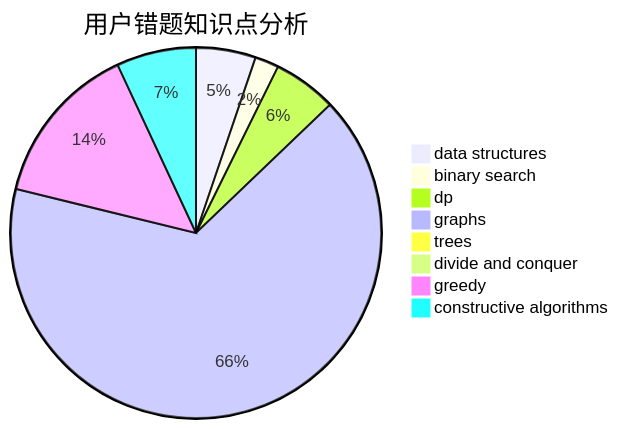
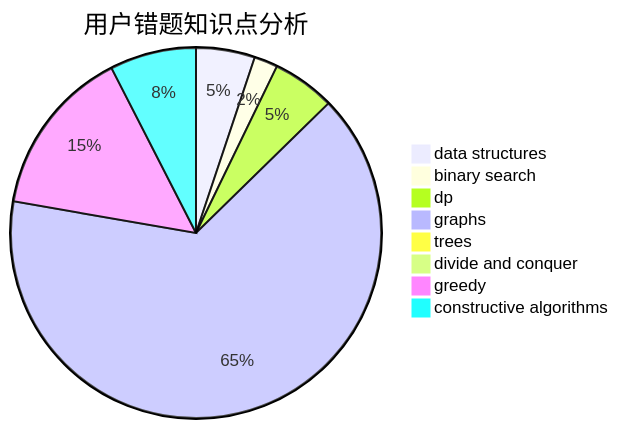
Before and after one commit to sherpahu/cfrs.github.io: the third of 3 diagrams in docs/user/u1226.md, drawn with Mermaid. The commit also changed other lines of this file and 2770 other files, not shown here.

````diff
--- a/docs/user/u1226.md
+++ b/docs/user/u1226.md
@@ -36,11 +36,11 @@
 ```mermaid
 pie title 用户错题知识点分析
     "data structures" :  15
     "binary search" :  6
     "dp" :  16
     "graphs" :  190
     "trees" :  0
     "divide and conquer" :  0
-    "greedy" :  41
-    "constructive algorithms" :  20
+    "greedy" :  43
+    "constructive algorithms" :  22
 ```
````
